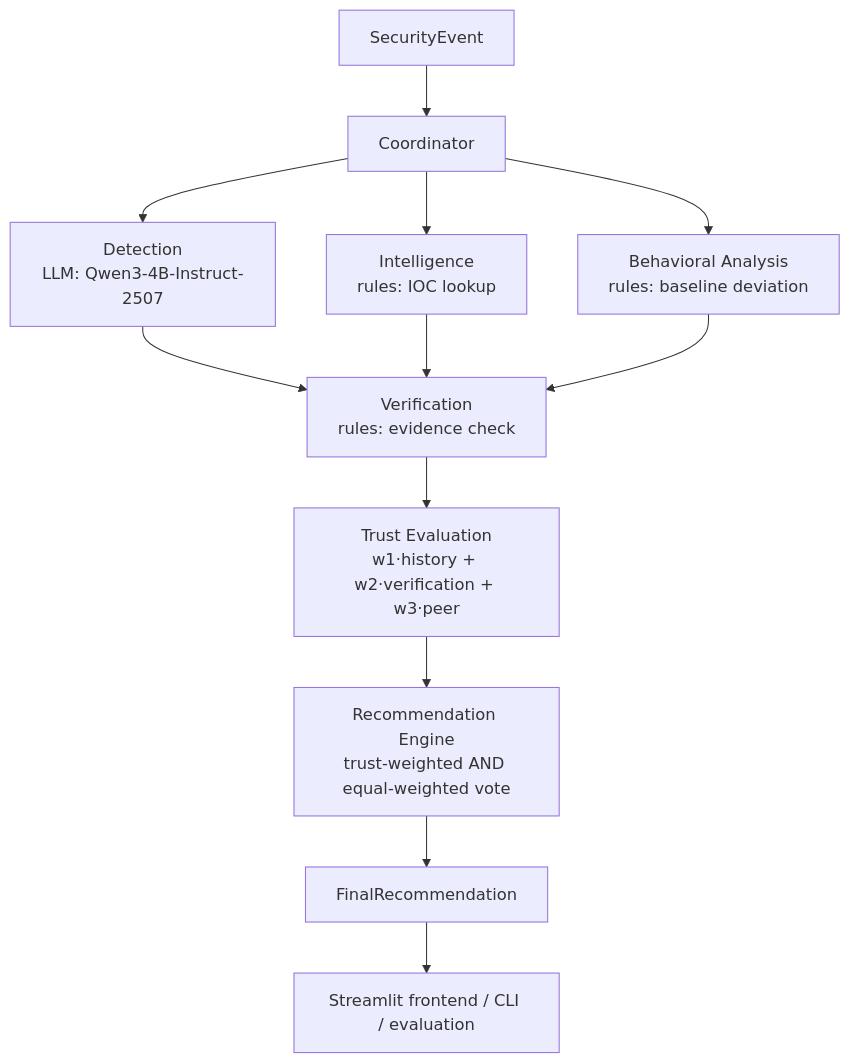
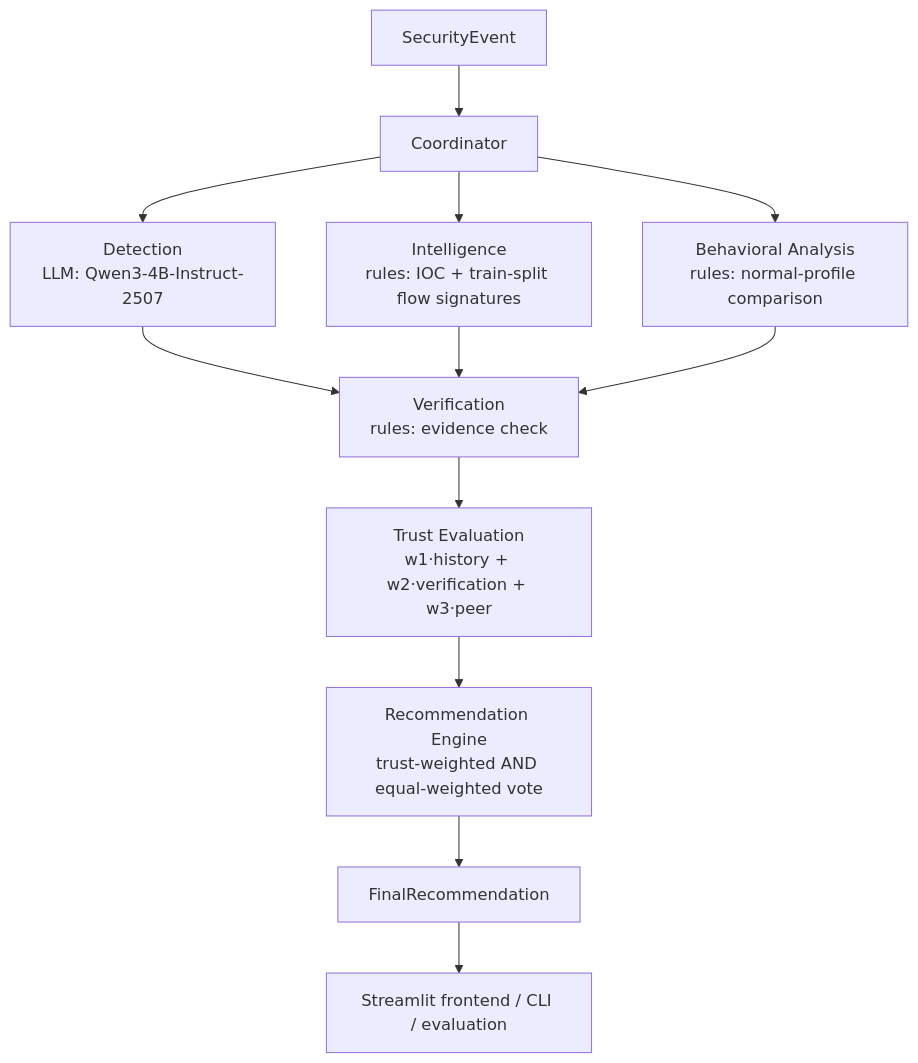
One commit to Alizaki22/trust-aware-cyber-defense changed the diagram in docs/PHASE1_IMPLEMENTATION.md. Above: the diagram before and after it, drawn with Mermaid. The commit also changed other lines of this file and 2 other files, not shown here.

````diff
--- a/docs/PHASE1_IMPLEMENTATION.md
+++ b/docs/PHASE1_IMPLEMENTATION.md
@@ -20,14 +20,14 @@
 ```mermaid
 flowchart TD
     IN[SecurityEvent] --> CO[Coordinator]
     CO --> D[Detection<br/>LLM: Qwen3-4B-Instruct-2507]
-    CO --> I[Intelligence<br/>rules: IOC lookup]
-    CO --> B[Behavioral Analysis<br/>rules: baseline deviation]
+    CO --> I[Intelligence<br/>rules: IOC + train-split flow signatures]
+    CO --> B[Behavioral Analysis<br/>rules: normal-profile comparison]
     D --> V[Verification<br/>rules: evidence check]
     I --> V
     B --> V
     V --> T[Trust Evaluation<br/>w1·history + w2·verification + w3·peer]
     T --> R[Recommendation Engine<br/>trust-weighted AND equal-weighted vote]
     R --> OUT[FinalRecommendation]
     OUT --> UI[Streamlit frontend / CLI / evaluation]
 ```
````
